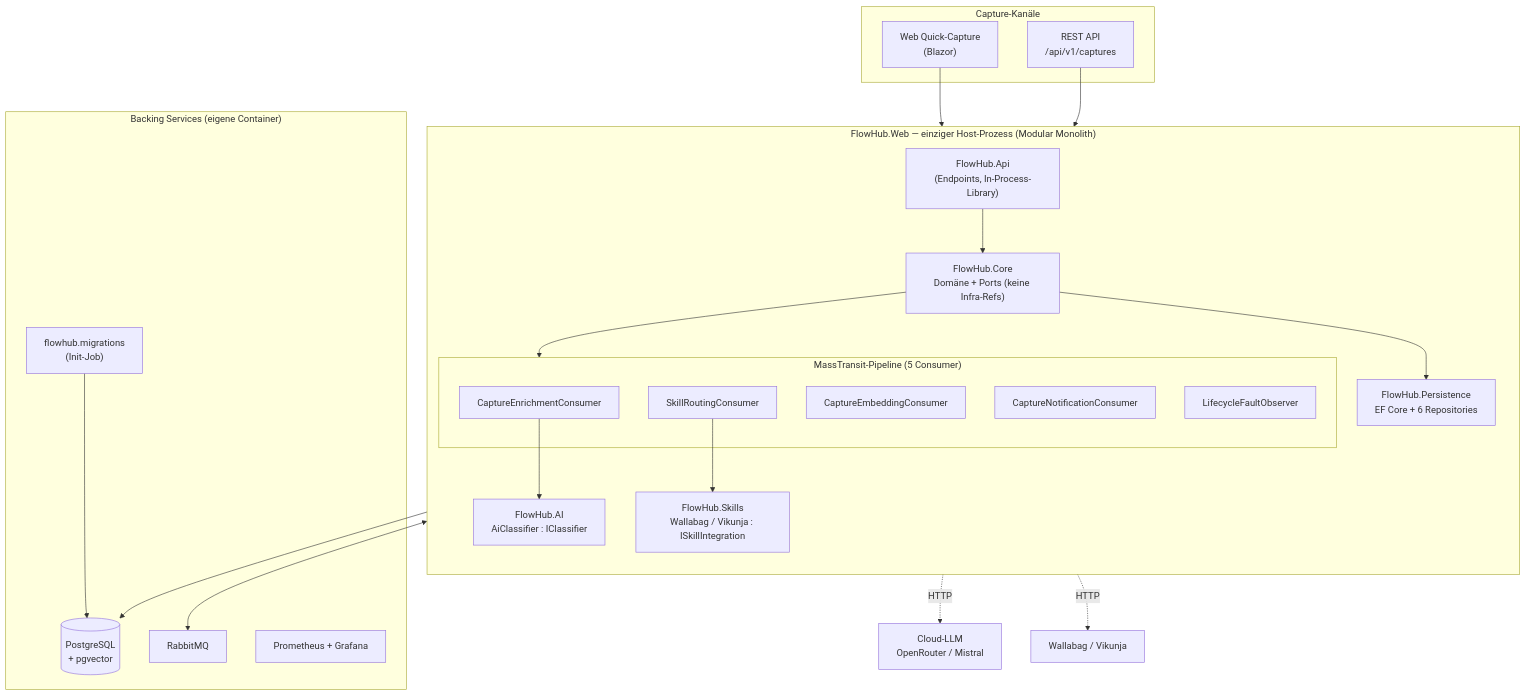
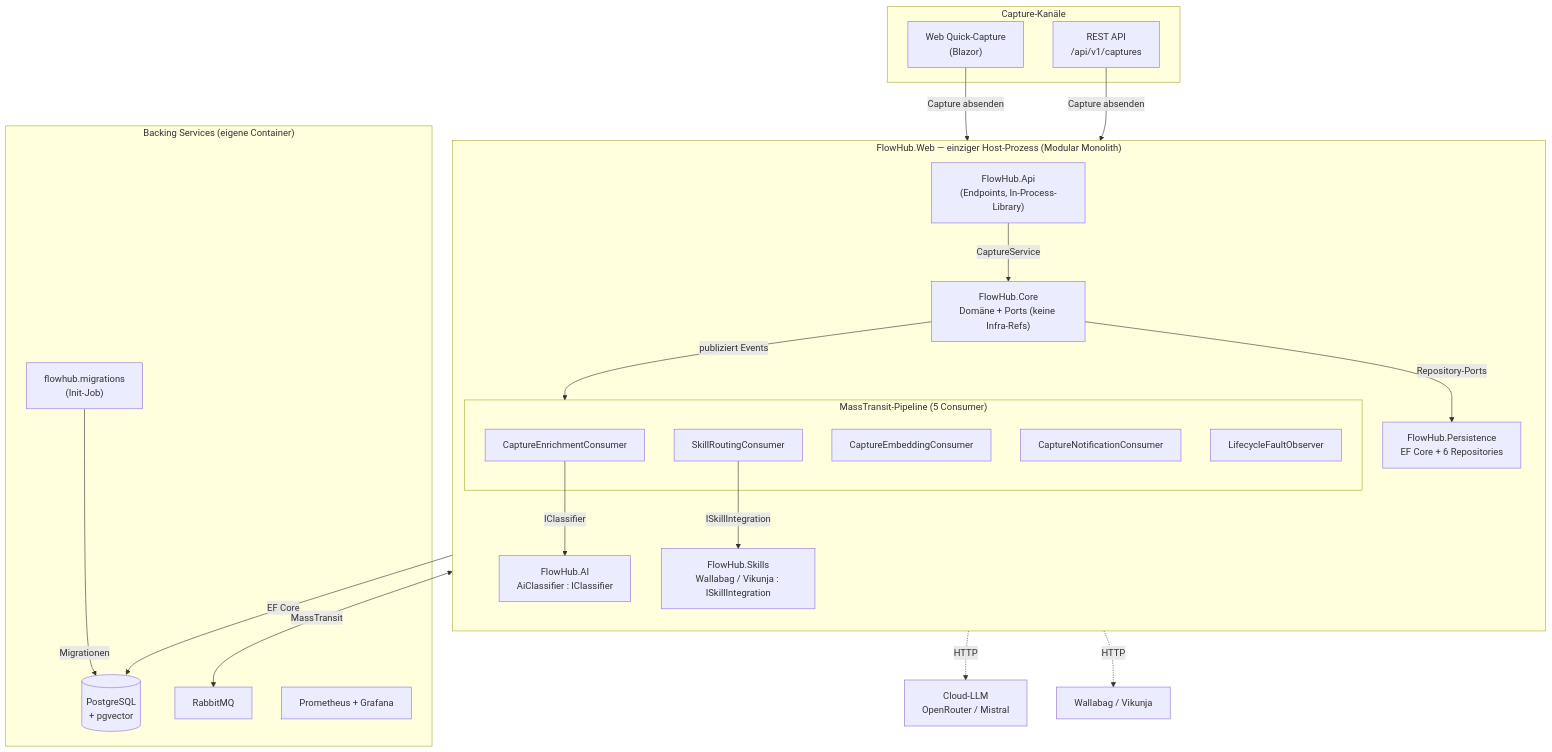
One commit to freaxnx01/FlowHub-CAS-AISE changed the second of 9 diagrams in docs/architektur/FlowHub_Arc42_v2.md. Above: the diagram before and after it, drawn with Mermaid. The commit also changed other lines of this file and 4 other files, not shown here.

First line of the commit message:
docs(diagrams): label every connecting line in the block-and-line diagrams

````diff
--- a/docs/architektur/FlowHub_Arc42_v2.md
+++ b/docs/architektur/FlowHub_Arc42_v2.md
@@ -244,45 +244,45 @@
 ```mermaid
 flowchart TB
     subgraph channels["Capture-Kanäle"]
         web["Web Quick-Capture<br/>(Blazor)"]
         api["REST API<br/>/api/v1/captures"]
     end
 
     subgraph host["FlowHub.Web — einziger Host-Prozess (Modular Monolith)"]
         direction TB
         apilib["FlowHub.Api<br/>(Endpoints, In-Process-Library)"]
         core["FlowHub.Core<br/>Domäne + Ports (keine Infra-Refs)"]
         subgraph pipe["MassTransit-Pipeline (5 Consumer)"]
             enrich["CaptureEnrichmentConsumer"]
             route["SkillRoutingConsumer"]
             embed["CaptureEmbeddingConsumer"]
             notify["CaptureNotificationConsumer"]
             fault["LifecycleFaultObserver"]
         end
         ai["FlowHub.AI<br/>AiClassifier : IClassifier"]
         skills["FlowHub.Skills<br/>Wallabag / Vikunja : ISkillIntegration"]
         persist["FlowHub.Persistence<br/>EF Core + 6 Repositories"]
     end
 
     subgraph backing["Backing Services (eigene Container)"]
         pg[("PostgreSQL<br/>+ pgvector")]
         mq["RabbitMQ"]
         obs["Prometheus + Grafana"]
         mig["flowhub.migrations<br/>(Init-Job)"]
     end
 
     cloud["Cloud-LLM<br/>OpenRouter / Mistral"]
 
-    web --> apilib
-    api --> apilib
-    apilib --> core
-    core --> pipe
-    enrich --> ai
+    web -->|Capture absenden| apilib
+    api -->|Capture absenden| apilib
+    apilib -->|CaptureService| core
+    core -->|publiziert Events| pipe
+    enrich -->|IClassifier| ai
     ai -.HTTP.-> cloud
-    route --> skills
+    route -->|ISkillIntegration| skills
     skills -.HTTP.-> ext["Wallabag / Vikunja"]
-    core --> persist
-    persist --> pg
-    pipe <--> mq
-    mig --> pg
+    core -->|Repository-Ports| persist
+    persist -->|EF Core| pg
+    pipe <-->|MassTransit| mq
+    mig -->|Migrationen| pg
 ```
````
